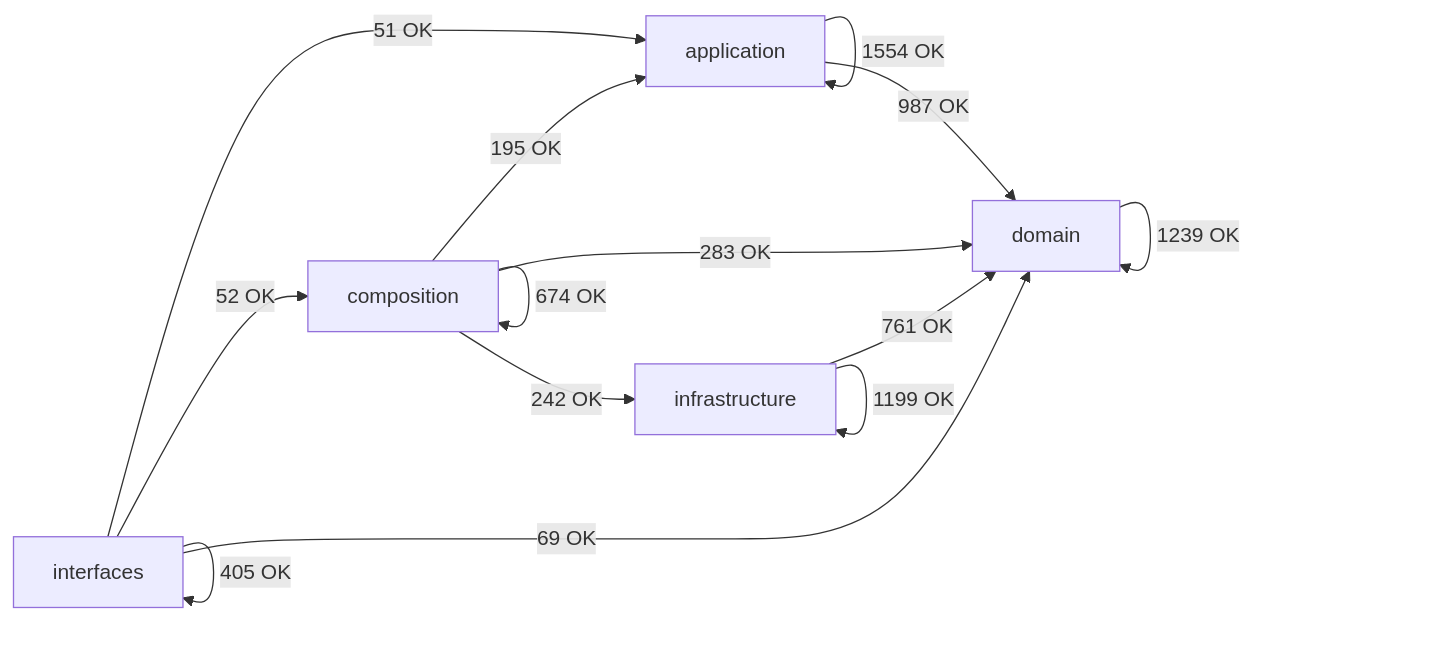
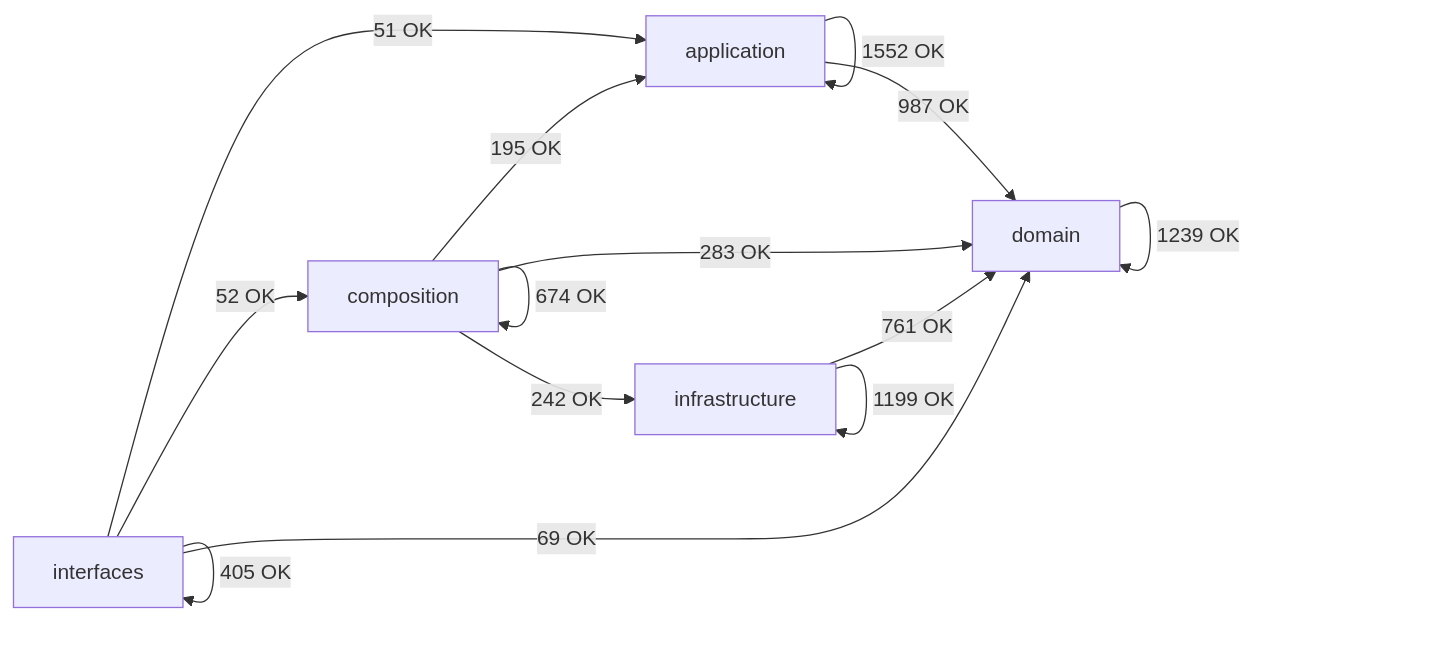
One commit to SatoryKono/BioactivityDataAcquisition changed the diagram in docs/02-architecture/generated/module-dependency-map.md. Above: the diagram before and after it, drawn with Mermaid. The commit also changed other lines of this file and 33 other files, not shown here.

````diff
--- a/docs/02-architecture/generated/module-dependency-map.md
+++ b/docs/02-architecture/generated/module-dependency-map.md
@@ -17,21 +17,21 @@
 ```mermaid
 flowchart LR
     domain[domain]
     application[application]
     infrastructure[infrastructure]
     composition[composition]
     interfaces[interfaces]
-    application -->|1554 OK| application
+    application -->|1552 OK| application
     application -->|987 OK| domain
     composition -->|195 OK| application
     composition -->|674 OK| composition
     composition -->|283 OK| domain
     composition -->|242 OK| infrastructure
     domain -->|1239 OK| domain
     infrastructure -->|761 OK| domain
     infrastructure -->|1199 OK| infrastructure
     interfaces -->|51 OK| application
     interfaces -->|52 OK| composition
     interfaces -->|69 OK| domain
     interfaces -->|405 OK| interfaces
 ```
````
